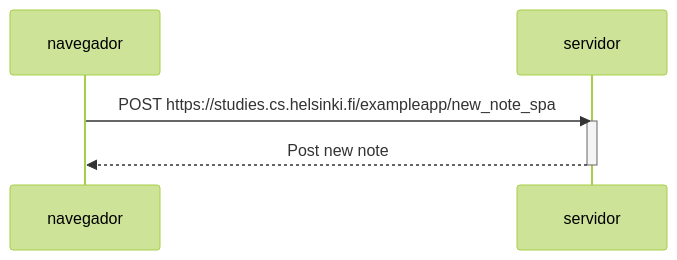
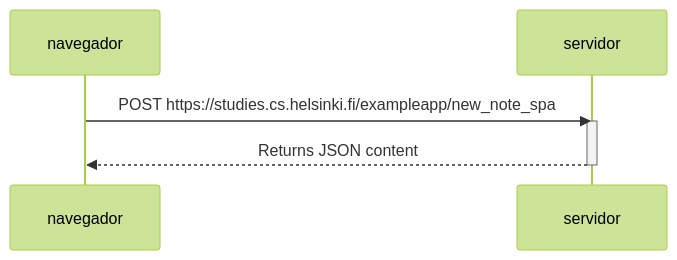
Before and after one commit to juancarloscalvo/fullstackopen: the diagram in part0/exercise-5.MD, drawn with Mermaid (forest theme).

````diff
--- a/part0/exercise-5.MD
+++ b/part0/exercise-5.MD
@@ -1,11 +1,11 @@
 ```mermaid
 sequenceDiagram
     participant navegador
     participant servidor
 
     navegador->>servidor: POST https://studies.cs.helsinki.fi/exampleapp/new_note_spa
     activate servidor
-    servidor-->>navegador: Post new note
+    servidor-->>navegador: Returns JSON content
     deactivate servidor
 
 ```
````
